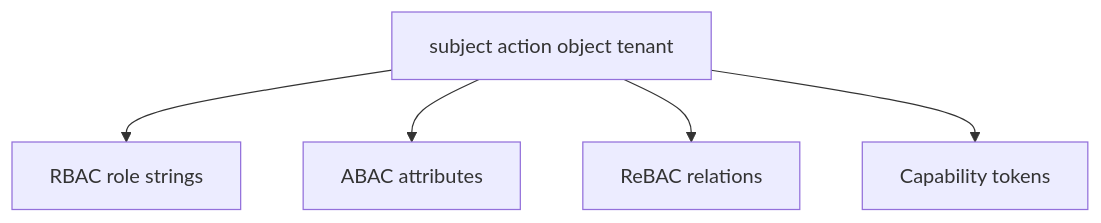
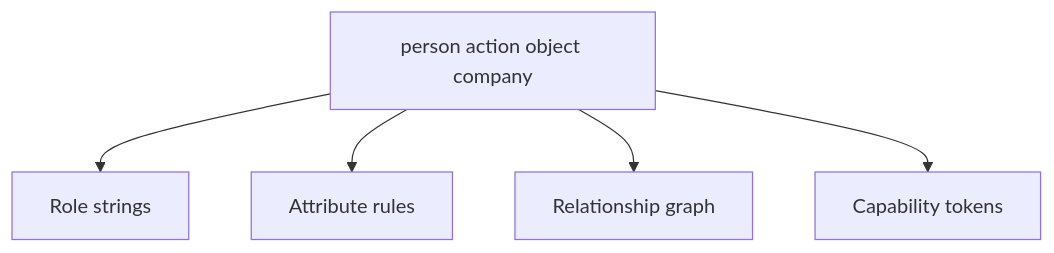
Before and after one commit to ishitvagoel/LearnSecurity: the first of 2 diagrams in content/modules/4/4.4/lessons/02-model.md, drawn with Mermaid. The commit also changed other lines of this file and 39 other files, not shown here.

````diff
--- a/content/modules/4/4.4/lessons/02-model.md
+++ b/content/modules/4/4.4/lessons/02-model.md
@@ -15,7 +14,7 @@
 ```mermaid
 flowchart TD
-  Cell["subject action object tenant"] --> RBAC[RBAC role strings]
-  Cell --> ABAC[ABAC attributes]
-  Cell --> ReBAC[ReBAC relations]
+  Cell["person action object company"] --> RBAC[Role strings]
+  Cell --> ABAC[Attribute rules]
+  Cell --> ReBAC[Relationship graph]
   Cell --> Cap[Capability tokens]
 ```
````
